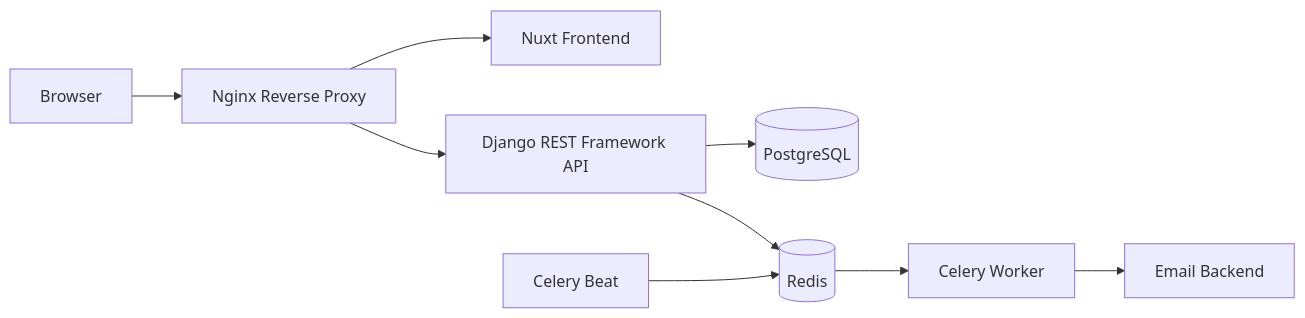
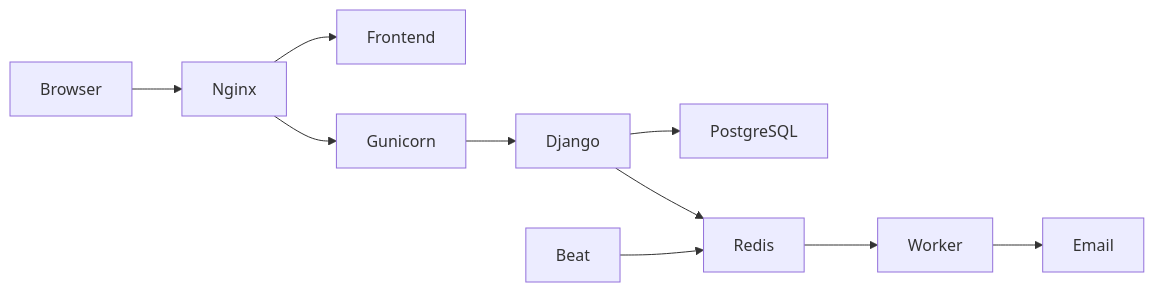
Before and after one commit to felmarlop/docker-fullstack: the diagram in README.md, drawn with Mermaid. The commit also changed other lines of this file and 7 other files, not shown here.

Commit message:
feat(nginx): configure reverse proxy and API documentation redirect

````diff
--- a/README.md
+++ b/README.md
@@ -26,18 +26,18 @@
 ```mermaid
 flowchart LR
 
-    Browser[Browser]
+    Browser --> Nginx
 
-    Browser --> Nginx[Nginx Reverse Proxy]
+    Nginx --> Frontend
+    Nginx --> Gunicorn
 
-    Nginx --> Frontend[Nuxt Frontend]
-    Nginx --> Backend[Django REST Framework API]
+    Gunicorn --> Django
 
-    Backend --> PostgreSQL[(PostgreSQL)]
-    Backend --> Redis[(Redis)]
+    Django --> PostgreSQL
+    Django --> Redis
 
-    Beat[Celery Beat] --> Redis
-    Redis --> Worker[Celery Worker]
+    Redis --> Worker
+    Beat --> Redis
 
-    Worker --> Email[Email Backend]
+    Worker --> Email
 ```
````
